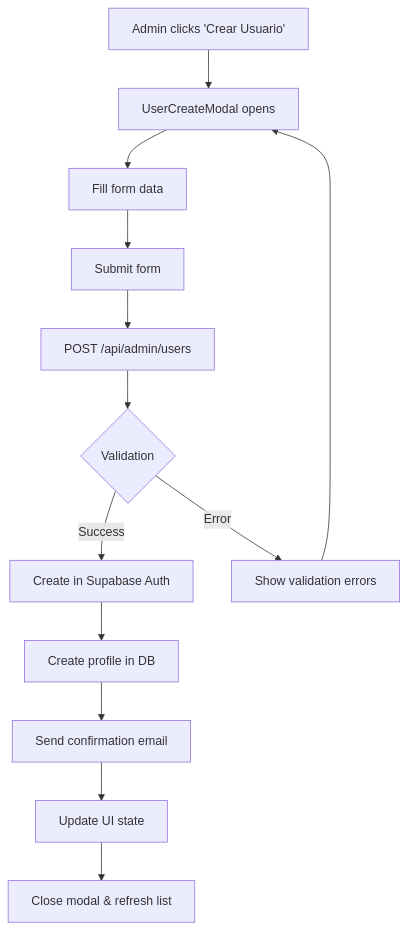
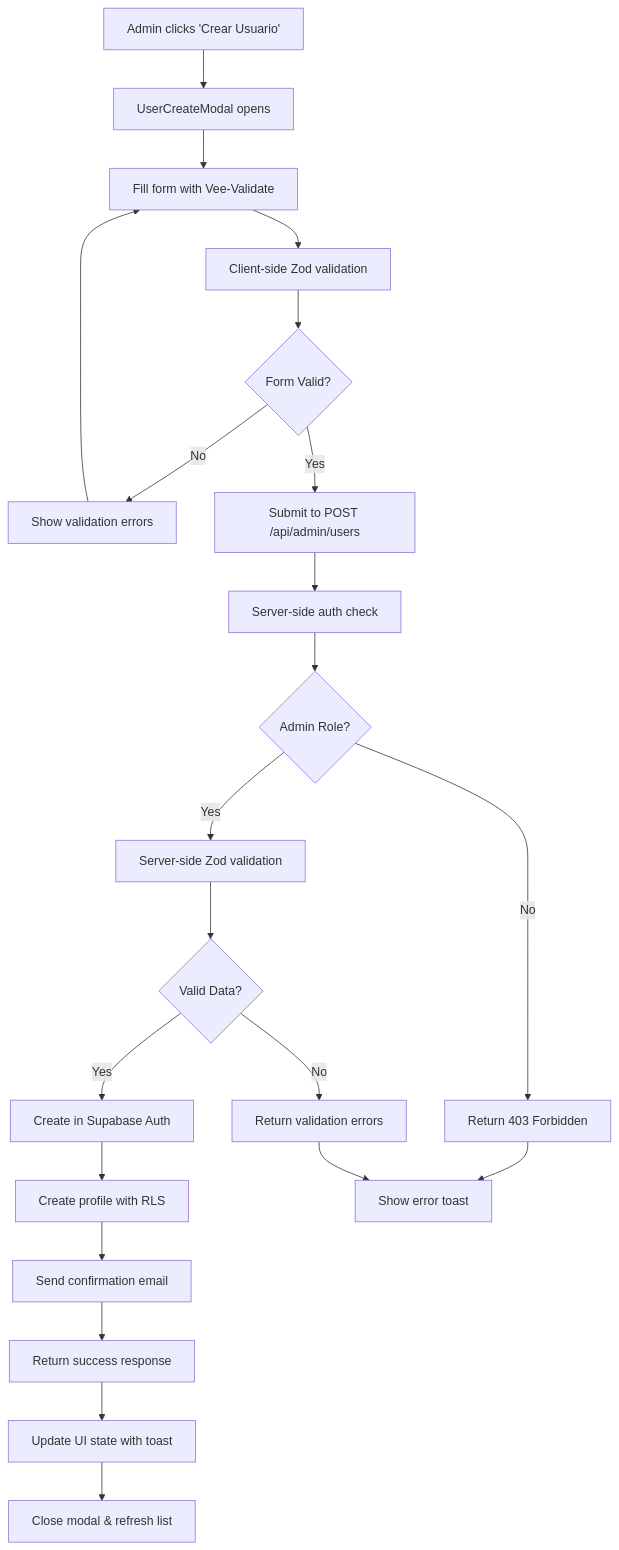
Before and after one commit to andrescristi/liberador_inaplast_nuxt: the fifth of 9 diagrams in docs/ARCHITECTURE.md, drawn with Mermaid. The commit also changed other lines of this file and 2 other files, not shown here.

First line of the commit message:
docs: update architecture documentation and changelog for v2.7.1

````diff
--- a/docs/ARCHITECTURE.md
+++ b/docs/ARCHITECTURE.md
@@ -310,15 +460,24 @@
 ```mermaid
 graph TD
     A[Admin clicks 'Crear Usuario'] --> B[UserCreateModal opens]
-    B --> C[Fill form data]
-    C --> D[Submit form]
-    D --> E[POST /api/admin/users]
-    E --> F{Validation}
-    F -->|Success| G[Create in Supabase Auth]
-    F -->|Error| H[Show validation errors]
-    G --> I[Create profile in DB]
-    I --> J[Send confirmation email]
-    J --> K[Update UI state]
-    K --> L[Close modal & refresh list]
-    H --> B
+    B --> C[Fill form with Vee-Validate]
+    C --> D[Client-side Zod validation]
+    D --> E{Form Valid?}
+    E -->|No| F[Show validation errors]
+    E -->|Yes| G[Submit to POST /api/admin/users]
+    G --> H[Server-side auth check]
+    H --> I{Admin Role?}
+    I -->|No| J[Return 403 Forbidden]
+    I -->|Yes| K[Server-side Zod validation]
+    K --> L{Valid Data?}
+    L -->|No| M[Return validation errors]
+    L -->|Yes| N[Create in Supabase Auth]
+    N --> O[Create profile with RLS]
+    O --> P[Send confirmation email]
+    P --> Q[Return success response]
+    Q --> R[Update UI state with toast]
+    R --> S[Close modal & refresh list]
+    F --> C
+    J --> T[Show error toast]
+    M --> T
 ```
````
